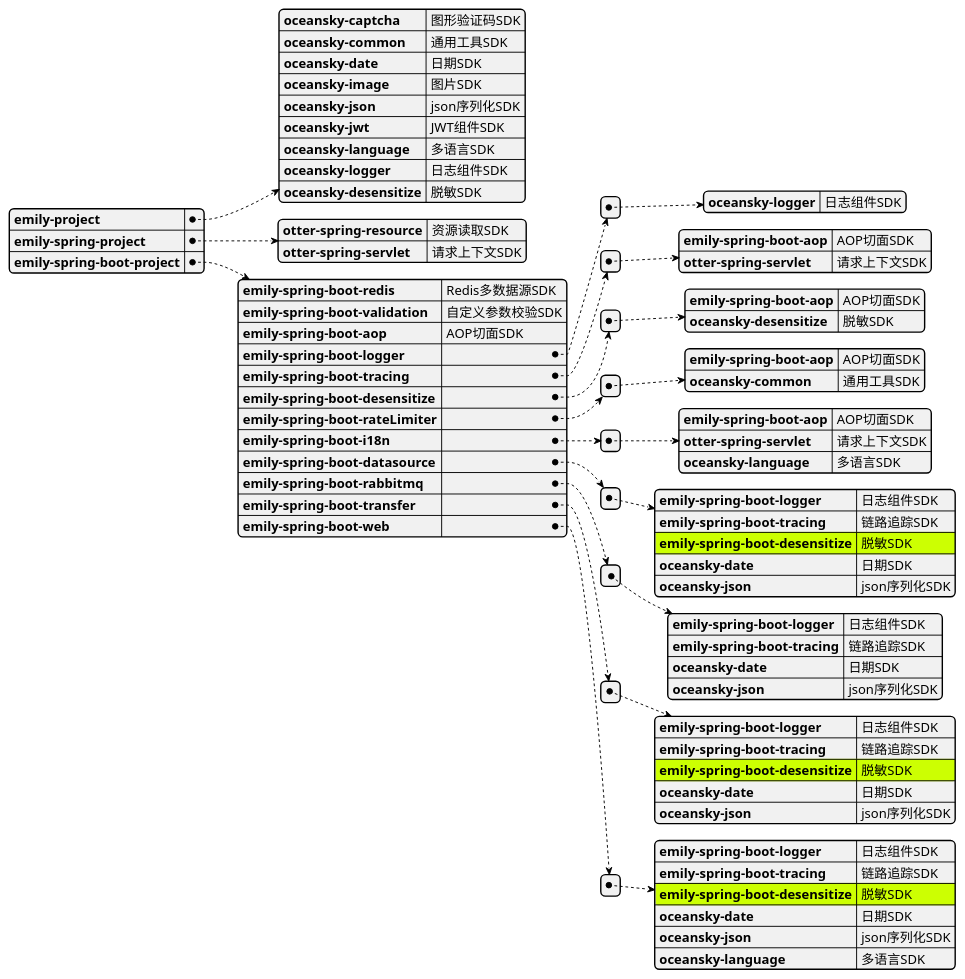
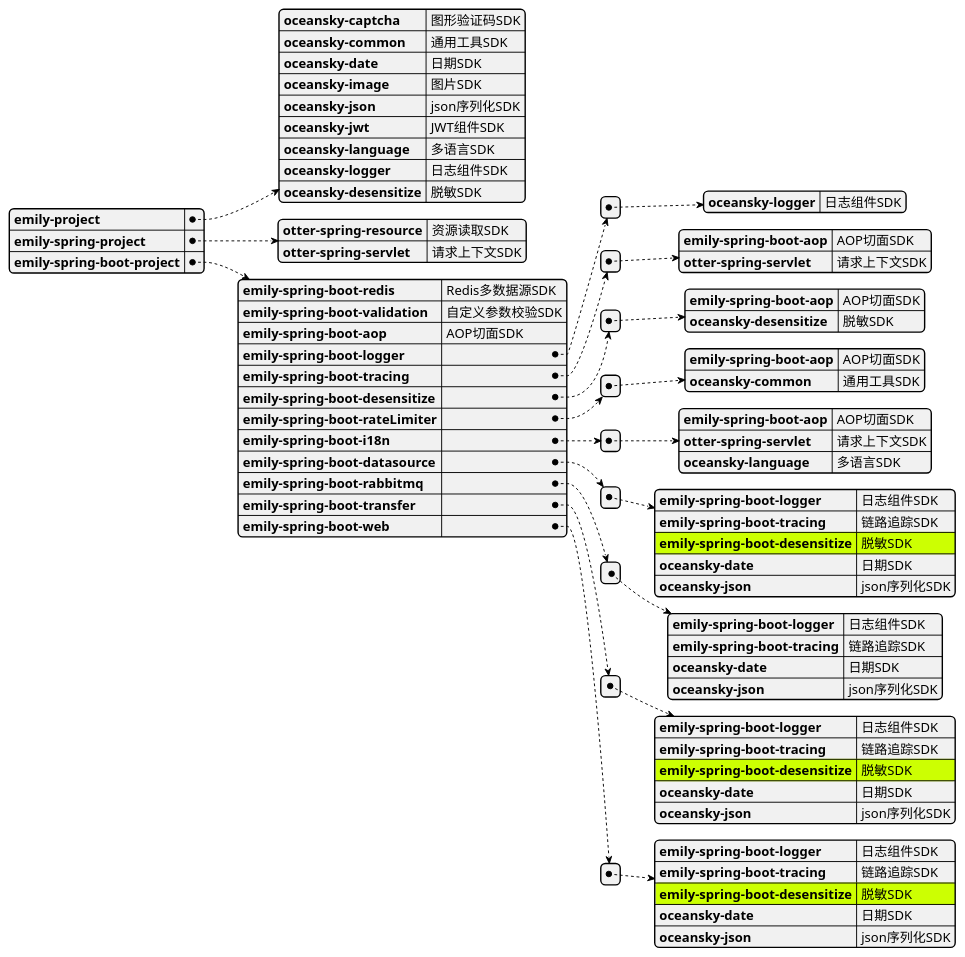
One commit to mingyang66/spring-parent changed the diagram in framework.puml. Above: the diagram before and after it, drawn with PlantUML. The commit also changed 13 other files, not shown here.

```diff
--- a/framework.puml
+++ b/framework.puml
@@ -1,78 +1,77 @@
 @startjson
 #highlight "emily-spring-boot-project" / "emily-spring-boot-datasource" / "0" /"emily-spring-boot-desensitize"
 #highlight "emily-spring-boot-project" / "emily-spring-boot-transfer" / "0" /"emily-spring-boot-desensitize"
 #highlight "emily-spring-boot-project" / "emily-spring-boot-web" / "0" /"emily-spring-boot-desensitize"
 {
 "emily-project":
   {
   "oceansky-captcha": "图形验证码SDK",
   "oceansky-common": "通用工具SDK",
   "oceansky-date": "日期SDK",
   "oceansky-image": "图片SDK",
   "oceansky-json": "json序列化SDK",
   "oceansky-jwt": "JWT组件SDK",
   "oceansky-language": "多语言SDK",
   "oceansky-logger":"日志组件SDK",
   "oceansky-desensitize":"脱敏SDK"
   },
 "emily-spring-project":
  {
  "otter-spring-resource": "资源读取SDK",
  "otter-spring-servlet":"请求上下文SDK"
  },
 "emily-spring-boot-project":
   {
   "emily-spring-boot-redis": "Redis多数据源SDK",
   "emily-spring-boot-validation": "自定义参数校验SDK",
   "emily-spring-boot-aop": "AOP切面SDK",
   "emily-spring-boot-logger": [{
         "oceansky-logger":"日志组件SDK"
   }],
   "emily-spring-boot-tracing": [{
         "emily-spring-boot-aop":"AOP切面SDK",
         "otter-spring-servlet":"请求上下文SDK"
   }],
   "emily-spring-boot-desensitize": [{
         "emily-spring-boot-aop":"AOP切面SDK",
         "oceansky-desensitize":"脱敏SDK"
   }],
   "emily-spring-boot-rateLimiter": [{
         "emily-spring-boot-aop":"AOP切面SDK",
         "oceansky-common":"通用工具SDK"
   }],
   "emily-spring-boot-i18n": [{
         "emily-spring-boot-aop":"AOP切面SDK",
         "otter-spring-servlet":"请求上下文SDK",
         "oceansky-language":"多语言SDK"
   }],
   "emily-spring-boot-datasource": [{
         "emily-spring-boot-logger":"日志组件SDK",
         "emily-spring-boot-tracing":"链路追踪SDK",
         "emily-spring-boot-desensitize":"脱敏SDK",
         "oceansky-date":"日期SDK",
         "oceansky-json":"json序列化SDK"
   }],
   "emily-spring-boot-rabbitmq": [{
         "emily-spring-boot-logger":"日志组件SDK",
         "emily-spring-boot-tracing":"链路追踪SDK",
         "oceansky-date":"日期SDK",
         "oceansky-json":"json序列化SDK"
   }],
   "emily-spring-boot-transfer": [{
           "emily-spring-boot-logger":"日志组件SDK",
           "emily-spring-boot-tracing":"链路追踪SDK",
           "emily-spring-boot-desensitize":"脱敏SDK",
           "oceansky-date":"日期SDK",
           "oceansky-json":"json序列化SDK"
   }],
   "emily-spring-boot-web": [{
            "emily-spring-boot-logger":"日志组件SDK",
            "emily-spring-boot-tracing":"链路追踪SDK",
            "emily-spring-boot-desensitize":"脱敏SDK",
            "oceansky-date":"日期SDK",
-           "oceansky-json":"json序列化SDK",
-           "oceansky-language":"多语言SDK"
+           "oceansky-json":"json序列化SDK"
   }]
   }
 }
 @endjson
```
